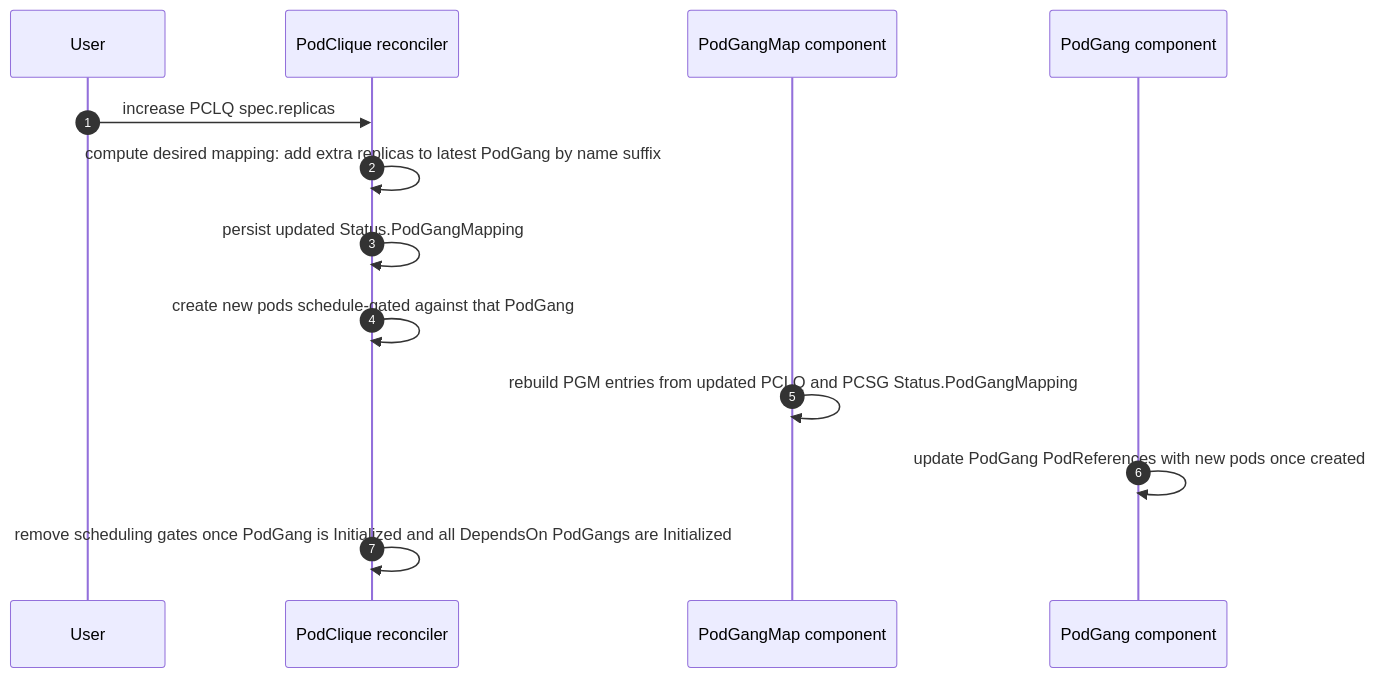
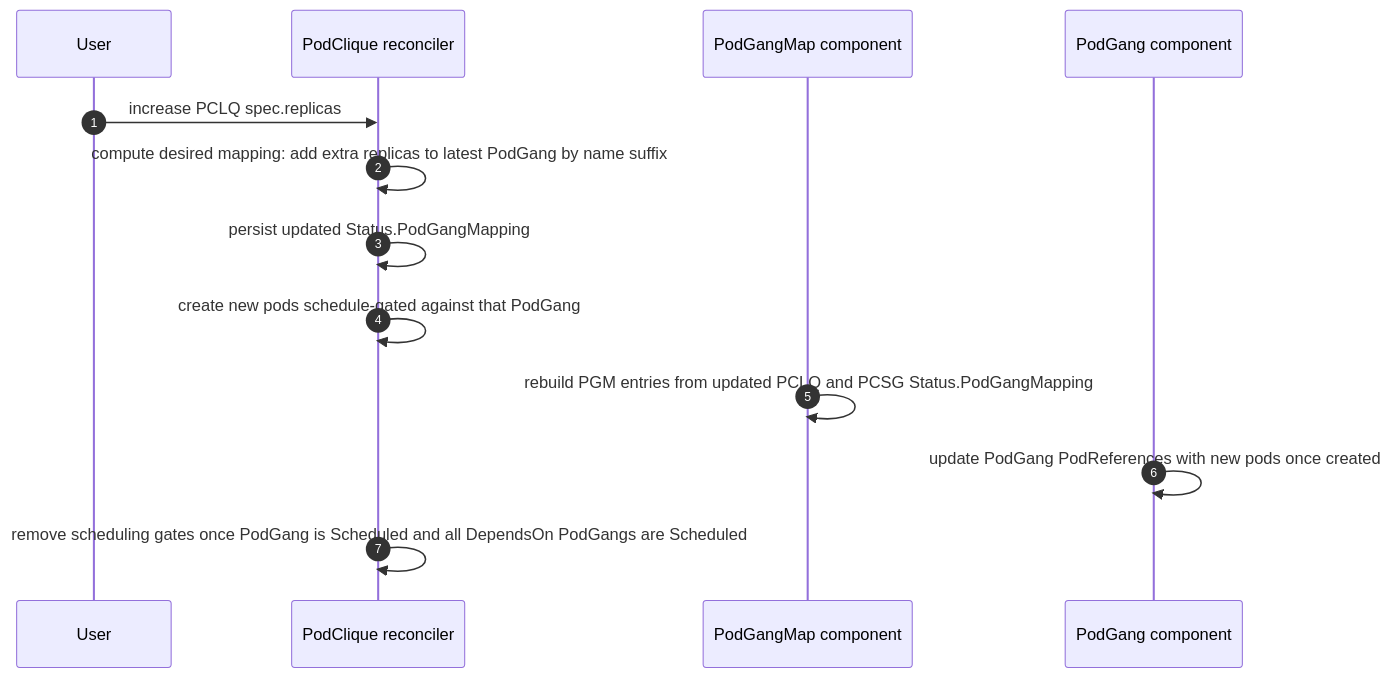
One commit to ai-dynamo/grove changed the fourth of 5 diagrams in docs/proposals/393-coherent-rolling-updates/README.md. Above: the diagram before and after it, drawn with Mermaid. The commit also changed other lines of this file, not shown here.

First line of the commit message:
docs(GREP-393): split PodGang condition; selector-based DependsOn; cleanups

````diff
--- a/docs/proposals/393-coherent-rolling-updates/README.md
+++ b/docs/proposals/393-coherent-rolling-updates/README.md
@@ -513,16 +524,16 @@
 ```mermaid
 sequenceDiagram
   autonumber
   participant User
   participant PCLQ as PodClique reconciler
   participant PGM as PodGangMap component
   participant PG as PodGang component
 
   User->>PCLQ: increase PCLQ spec.replicas
   PCLQ->>PCLQ: compute desired mapping: add extra replicas to latest PodGang by name suffix
   PCLQ->>PCLQ: persist updated Status.PodGangMapping
   PCLQ->>PCLQ: create new pods schedule-gated against that PodGang
   PGM->>PGM: rebuild PGM entries from updated PCLQ and PCSG Status.PodGangMapping
   PG->>PG: update PodGang PodReferences with new pods once created
-  PCLQ->>PCLQ: remove scheduling gates once PodGang is Initialized and all DependsOn PodGangs are Initialized
+  PCLQ->>PCLQ: remove scheduling gates once PodGang is Scheduled and all DependsOn PodGangs are Scheduled
 ```
````
